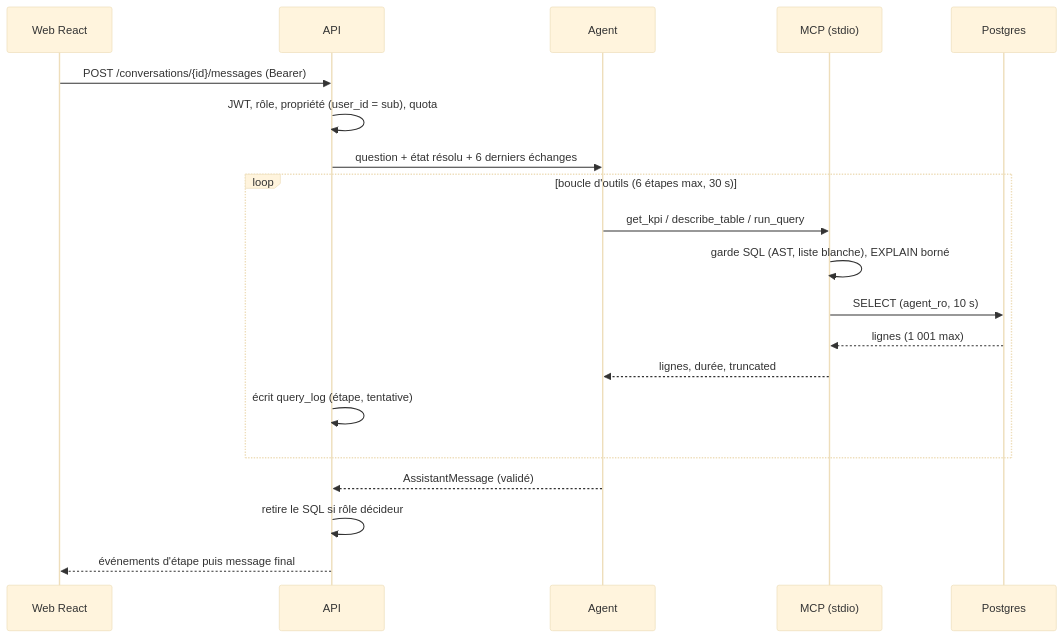
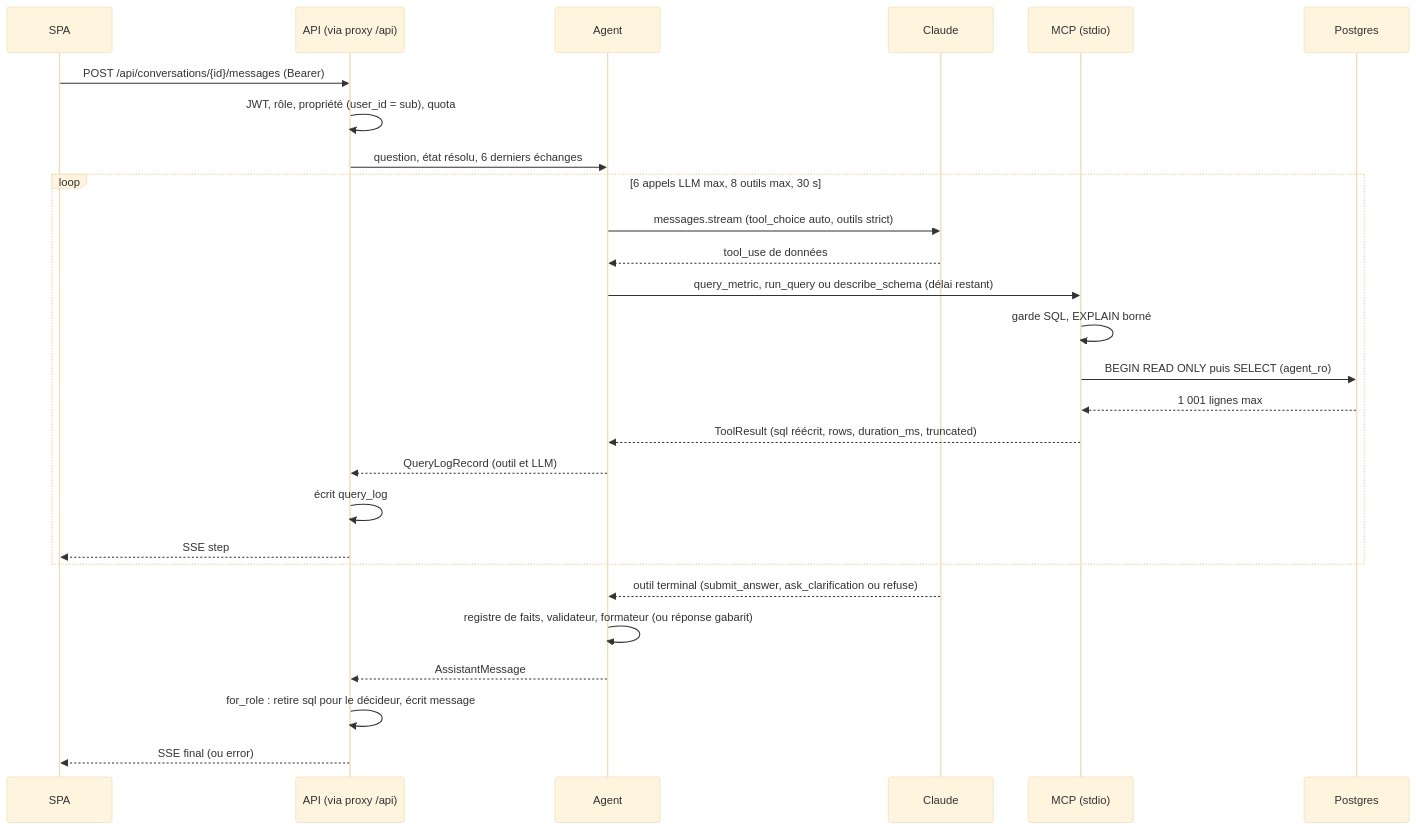
Before and after one commit to justefrank/decision-agent-IA: the diagram in docs/diagrams/05-sequence-question.mmd, drawn with Mermaid (base theme). The commit also changed 47 other files, not shown here.

First line of the commit message:
docs: passage en v5 (MVP, query_metric, citation par référence, évaluation sur le test seul, intégration Claude) et diagrammes re-rendus

```diff
--- a/docs/diagrams/05-sequence-question.mmd
+++ b/docs/diagrams/05-sequence-question.mmd
@@ -1,20 +1,27 @@
 sequenceDiagram
-  participant W as Web React
-  participant A as API
+  participant W as SPA
+  participant A as API (via proxy /api)
   participant G as Agent
+  participant L as Claude
   participant M as MCP (stdio)
   participant D as Postgres
-  W->>A: POST /conversations/{id}/messages (Bearer)
+  W->>A: POST /api/conversations/{id}/messages (Bearer)
   A->>A: JWT, rôle, propriété (user_id = sub), quota
-  A->>G: question + état résolu + 6 derniers échanges
-  loop boucle d'outils (6 étapes max, 30 s)
-    G->>M: get_kpi / describe_table / run_query
-    M->>M: garde SQL (AST, liste blanche), EXPLAIN borné
-    M->>D: SELECT (agent_ro, 10 s)
-    D-->>M: lignes (1 001 max)
-    M-->>G: lignes, durée, truncated
-    A->>A: écrit query_log (étape, tentative)
+  A->>G: question, état résolu, 6 derniers échanges
+  loop 6 appels LLM max, 8 outils max, 30 s
+    G->>L: messages.stream (tool_choice auto, outils strict)
+    L-->>G: tool_use de données
+    G->>M: query_metric, run_query ou describe_schema (délai restant)
+    M->>M: garde SQL, EXPLAIN borné
+    M->>D: BEGIN READ ONLY puis SELECT (agent_ro)
+    D-->>M: 1 001 lignes max
+    M-->>G: ToolResult (sql réécrit, rows, duration_ms, truncated)
+    G-->>A: QueryLogRecord (outil et LLM)
+    A->>A: écrit query_log
+    A-->>W: SSE step
   end
-  G-->>A: AssistantMessage (validé)
-  A->>A: retire le SQL si rôle décideur
-  A-->>W: événements d'étape puis message final
+  L-->>G: outil terminal (submit_answer, ask_clarification ou refuse)
+  G->>G: registre de faits, validateur, formateur (ou réponse gabarit)
+  G-->>A: AssistantMessage
+  A->>A: for_role : retire sql pour le décideur, écrit message
+  A-->>W: SSE final (ou error)
```
